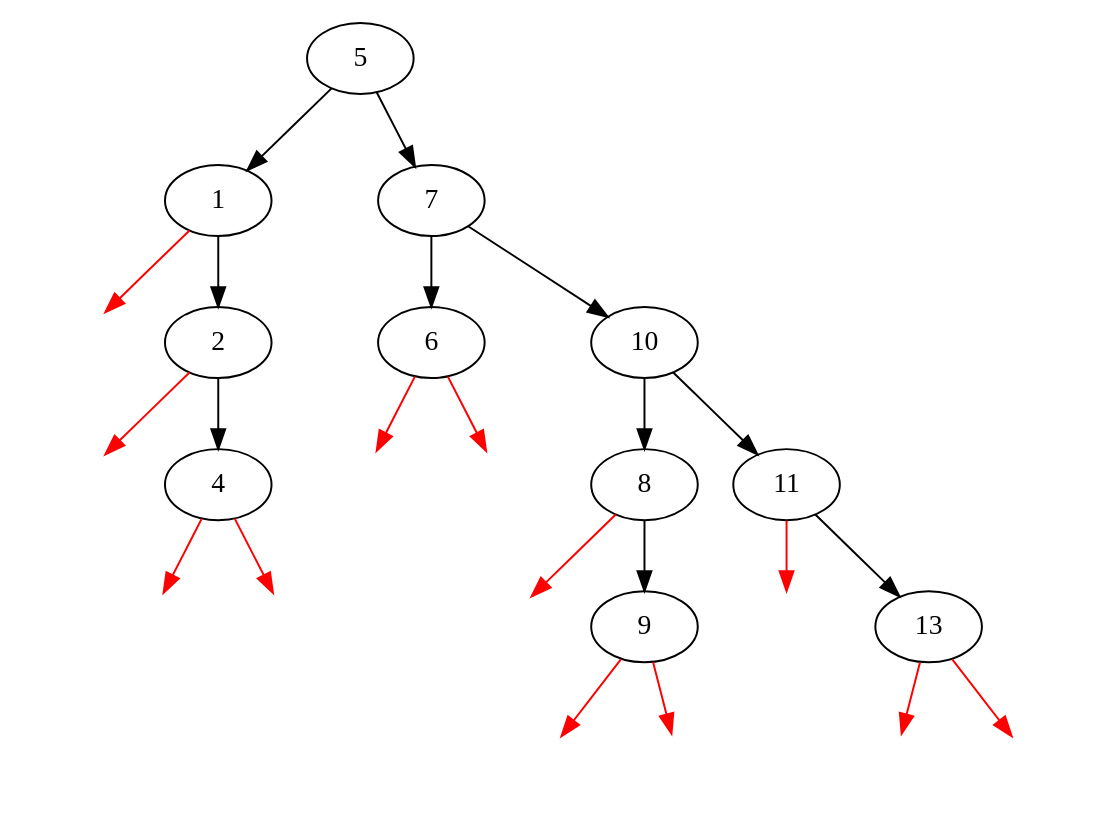
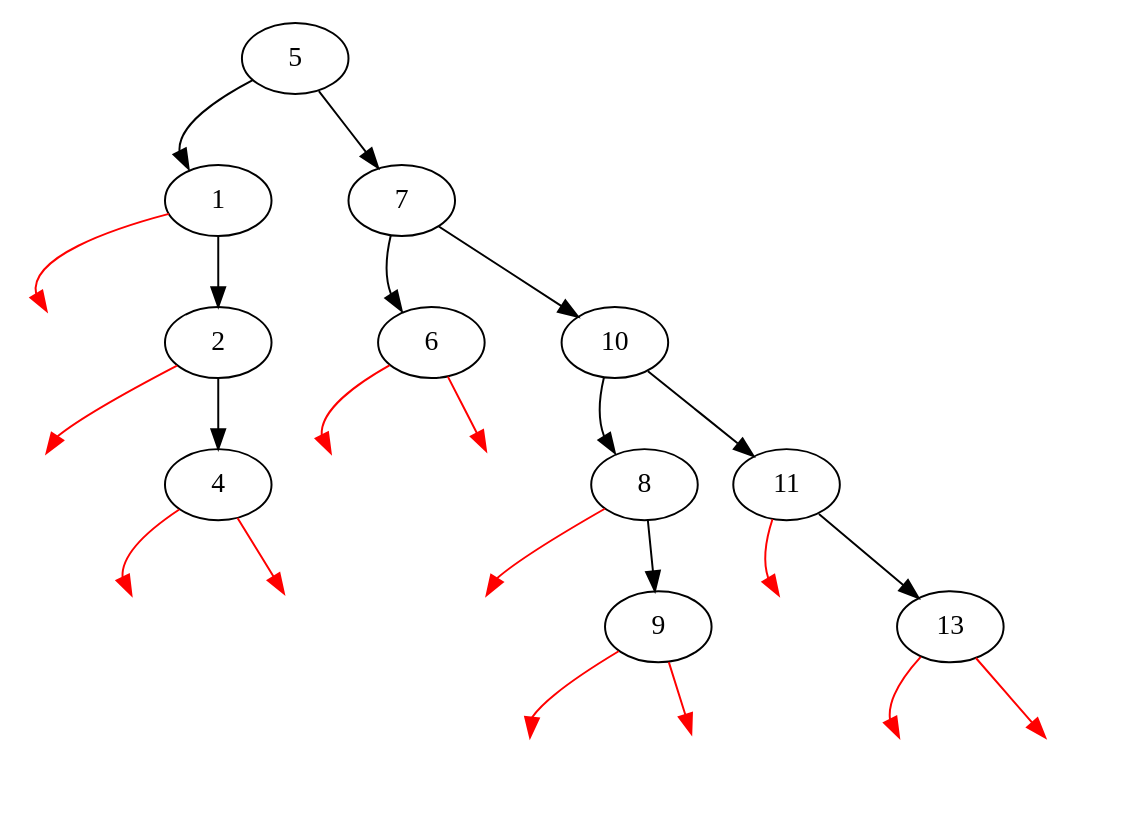
One commit to guarim/qcm-construction changed the diagram in Digraph.gv. Above: the diagram before and after it, drawn with Graphviz. The commit also changed 16 other files, not shown here.

```diff
--- a/Digraph.gv
+++ b/Digraph.gv
@@ -1,47 +1,47 @@
 digraph {
 	5 [label=5]
 	1 [label=1]
 	V0 [label="" color="#FF00000"]
 	2 [label=2]
 	V1 [label="" color="#FF00000"]
 	4 [label=4]
 	V2 [label="" color="#FF00000"]
 	V3 [label="" color="#FF00000"]
 	7 [label=7]
 	6 [label=6]
 	V4 [label="" color="#FF00000"]
 	V5 [label="" color="#FF00000"]
 	10 [label=10]
 	8 [label=8]
 	V6 [label="" color="#FF00000"]
 	9 [label=9]
 	V7 [label="" color="#FF00000"]
 	V8 [label="" color="#FF00000"]
 	11 [label=11]
 	V9 [label="" color="#FF00000"]
 	13 [label=13]
 	V10 [label="" color="#FF00000"]
 	V11 [label="" color="#FF00000"]
-	5 -> 1
-	1 -> V0 [color="#FF0000"]
+	5 -> 1:nw
+	1 -> V0:nw [color="#FF0000"]
 	1 -> 2
-	2 -> V1 [color="#FF0000"]
+	2 -> V1:nw [color="#FF0000"]
 	2 -> 4
-	4 -> V2 [color="#FF0000"]
+	4 -> V2:nw [color="#FF0000"]
 	4 -> V3 [color="#FF0000"]
 	5 -> 7
-	7 -> 6
-	6 -> V4 [color="#FF0000"]
+	7 -> 6:nw
+	6 -> V4:nw [color="#FF0000"]
 	6 -> V5 [color="#FF0000"]
 	7 -> 10
-	10 -> 8
-	8 -> V6 [color="#FF0000"]
+	10 -> 8:nw
+	8 -> V6:nw [color="#FF0000"]
 	8 -> 9
-	9 -> V7 [color="#FF0000"]
+	9 -> V7:nw [color="#FF0000"]
 	9 -> V8 [color="#FF0000"]
 	10 -> 11
-	11 -> V9 [color="#FF0000"]
+	11 -> V9:nw [color="#FF0000"]
 	11 -> 13
-	13 -> V10 [color="#FF0000"]
+	13 -> V10:nw [color="#FF0000"]
 	13 -> V11 [color="#FF0000"]
 }
```
